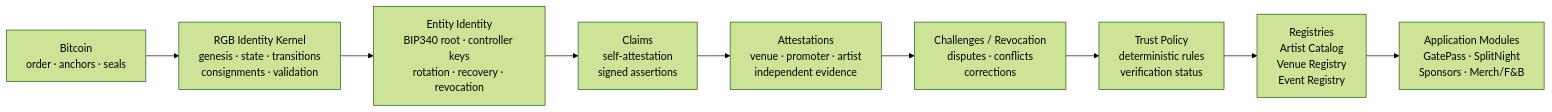
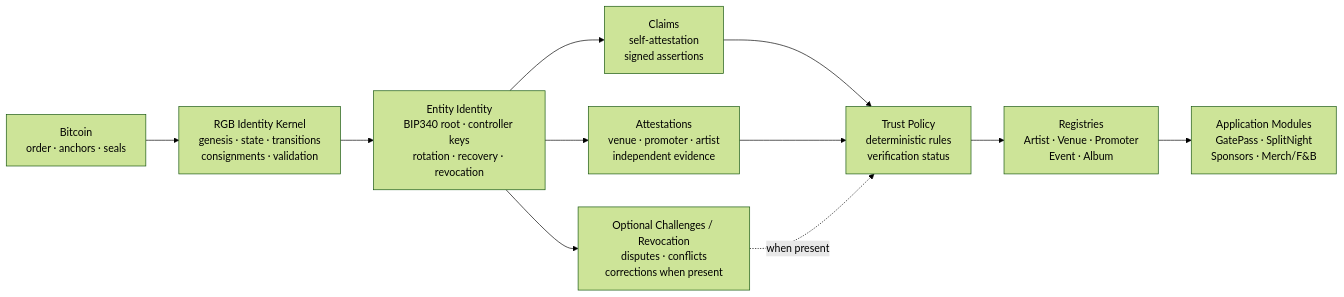
Before and after one commit to EdwinKestler/o2a-protocol: the first of 3 diagrams in docs/diagrams/02-end-to-end-protocol-flow.md, drawn with Mermaid (forest theme). The commit also changed 21 other files, not shown here.

Commit message:
Align protocol signatures and diagram semantics

````diff
--- a/docs/diagrams/02-end-to-end-protocol-flow.md
+++ b/docs/diagrams/02-end-to-end-protocol-flow.md
@@ -5,14 +5,19 @@
 ```mermaid
 flowchart LR
     B["Bitcoin<br/>order · anchors · seals"]
     K["RGB Identity Kernel<br/>genesis · state · transitions<br/>consignments · validation"]
     I["Entity Identity<br/>BIP340 root · controller keys<br/>rotation · recovery · revocation"]
     C["Claims<br/>self-attestation<br/>signed assertions"]
     A["Attestations<br/>venue · promoter · artist<br/>independent evidence"]
-    X["Challenges / Revocation<br/>disputes · conflicts<br/>corrections"]
+    X["Optional Challenges / Revocation<br/>disputes · conflicts<br/>corrections when present"]
     P["Trust Policy<br/>deterministic rules<br/>verification status"]
-    R["Registries<br/>Artist Catalog<br/>Venue Registry<br/>Event Registry"]
+    R["Registries<br/>Artist · Venue · Promoter<br/>Event · Album"]
     M["Application Modules<br/>GatePass · SplitNight<br/>Sponsors · Merch/F&B"]
 
-    B --> K --> I --> C --> A --> X --> P --> R --> M
+    B --> K --> I
+    I --> C --> P
+    I --> A --> P
+    I --> X
+    X -. "when present" .-> P
+    P --> R --> M
 ```
````
